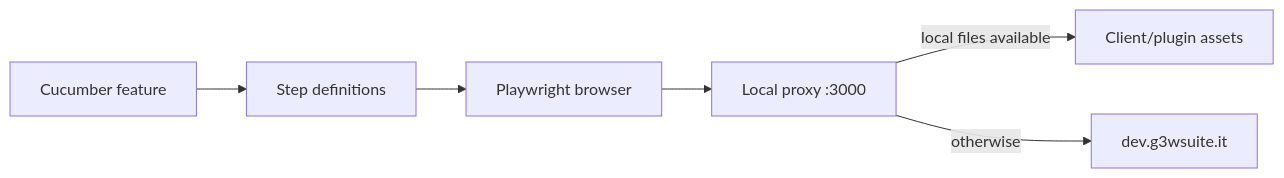
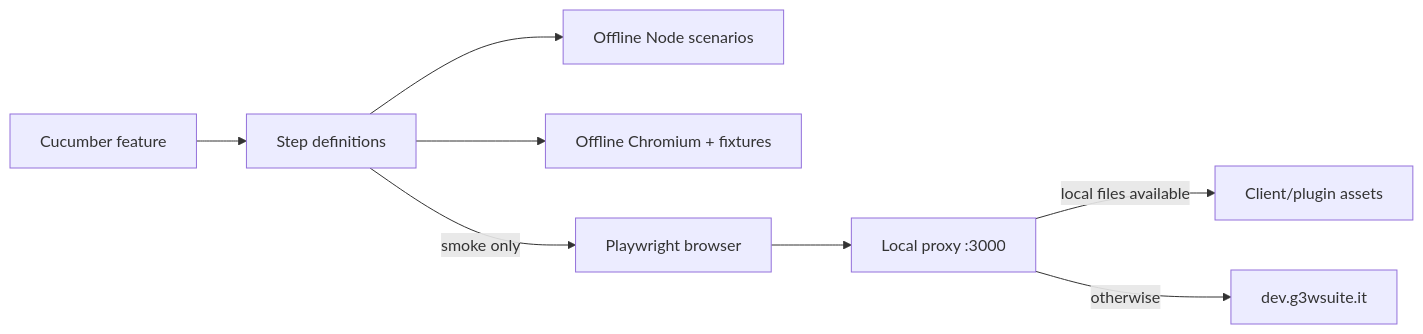
One commit to g3w-suite/g3w-client changed the first of 2 diagrams in test/README.md. Above: the diagram before and after it, drawn with Mermaid. The commit also changed other lines of this file and 15 other files, not shown here.

````diff
--- a/test/README.md
+++ b/test/README.md
@@ -32,8 +53,10 @@
 ```mermaid
 flowchart LR
   Feature["Cucumber feature"] --> Steps["Step definitions"]
-  Steps --> Browser["Playwright browser"]
+  Steps --> Unit["Offline Node scenarios"]
+  Steps --> LocalBrowser["Offline Chromium + fixtures"]
+  Steps -->|smoke only| Browser["Playwright browser"]
   Browser --> Proxy["Local proxy :3000"]
   Proxy -->|local files available| Assets["Client/plugin assets"]
   Proxy -->|otherwise| Remote["dev.g3wsuite.it"]
 ```
````
